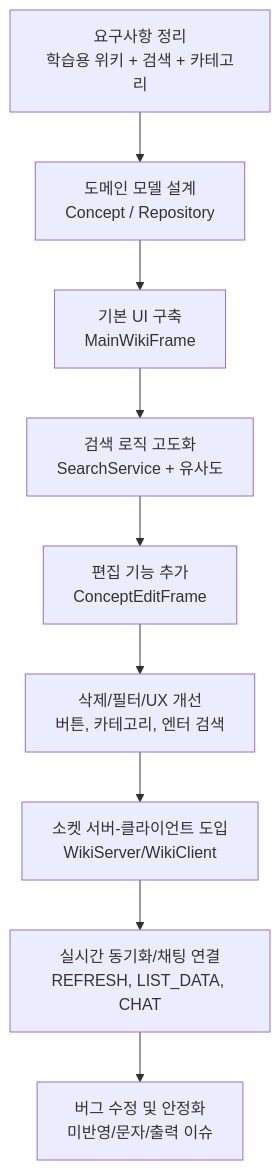
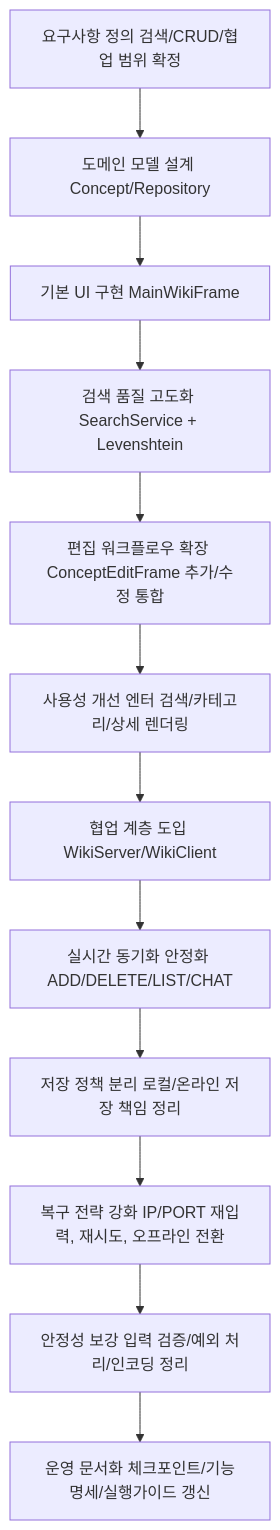
One commit to jegalhb/JAVA_WIKI_ONLINE changed the first of 2 diagrams in src/Reproject/README.md. Above: the diagram before and after it, drawn with Mermaid. The commit also changed other lines of this file, not shown here.

````diff
--- a/src/Reproject/README.md
+++ b/src/Reproject/README.md
@@ -13,11 +25,14 @@
 ```mermaid
 flowchart TD
-    A[요구사항 정리\n학습용 위키 + 검색 + 카테고리] --> B[도메인 모델 설계\nConcept / Repository]
-    B --> C[기본 UI 구축\nMainWikiFrame]
-    C --> D[검색 로직 고도화\nSearchService + 유사도]
-    D --> E[편집 기능 추가\nConceptEditFrame]
-    E --> F[삭제/필터/UX 개선\n버튼, 카테고리, 엔터 검색]
-    F --> G[소켓 서버-클라이언트 도입\nWikiServer/WikiClient]
-    G --> H[실시간 동기화/채팅 연결\nREFRESH, LIST_DATA, CHAT]
-    H --> I[버그 수정 및 안정화\n미반영/문자/출력 이슈]
+    A[요구사항 정의 검색/CRUD/협업 범위 확정] --> B[도메인 모델 설계 Concept/Repository]
+    B --> C[기본 UI 구현 MainWikiFrame]
+    C --> D[검색 품질 고도화 SearchService + Levenshtein]
+    D --> E[편집 워크플로우 확장 ConceptEditFrame 추가/수정 통합]
+    E --> F[사용성 개선 엔터 검색/카테고리/상세 렌더링]
+    F --> G[협업 계층 도입 WikiServer/WikiClient]
+    G --> H[실시간 동기화 안정화 ADD/DELETE/LIST/CHAT]
+    H --> I[저장 정책 분리 로컬/온라인 저장 책임 정리]
+    I --> J[복구 전략 강화 IP/PORT 재입력, 재시도, 오프라인 전환]
+    J --> K[안정성 보강 입력 검증/예외 처리/인코딩 정리]
+    K --> L[운영 문서화 체크포인트/기능명세/실행가이드 갱신]
 ```
````
